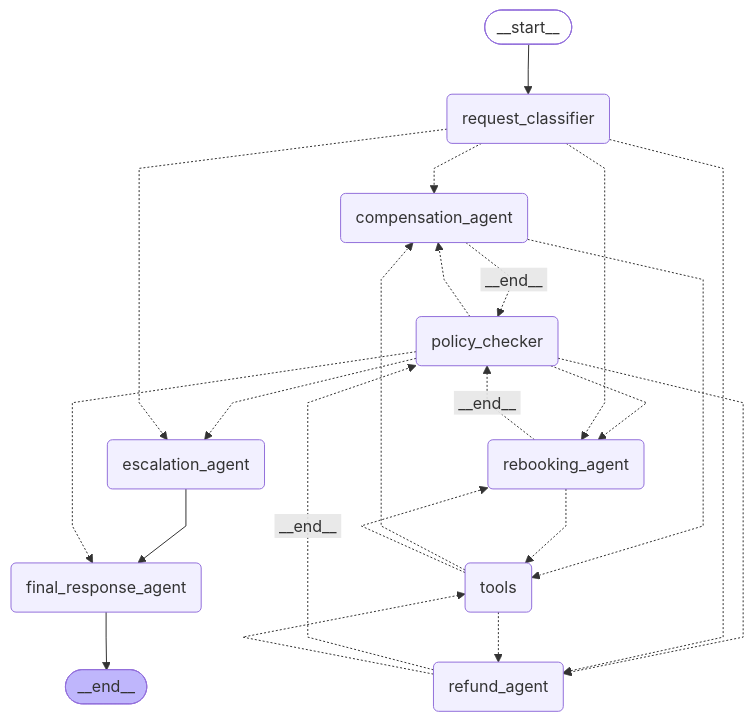
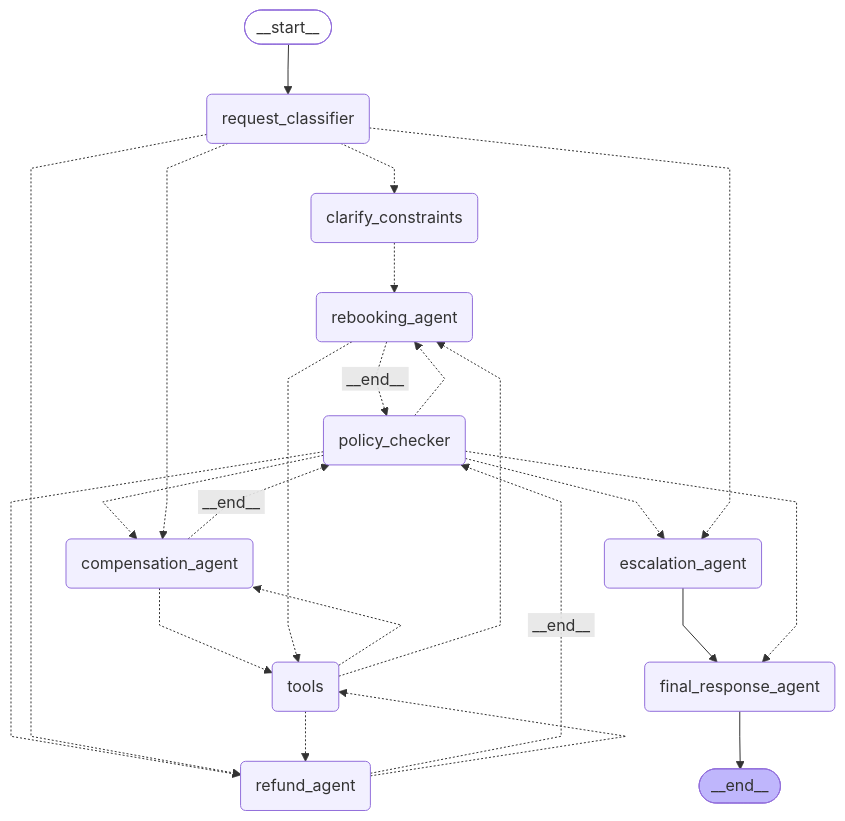
Before and after one commit to 14elias/airline_assistant_agent: the diagram in graph.mermaid, drawn with Mermaid. The commit also changed 5 other files, not shown here.

```diff
--- a/graph.mermaid
+++ b/graph.mermaid
@@ -1,40 +1,42 @@
 ---
 config:
   flowchart:
     curve: linear
 ---
 graph TD;
 	__start__([<p>__start__</p>]):::first
 	request_classifier(request_classifier)
+	clarify_constraints(clarify_constraints)
 	rebooking_agent(rebooking_agent)
 	refund_agent(refund_agent)
 	compensation_agent(compensation_agent)
 	policy_checker(policy_checker)
 	escalation_agent(escalation_agent)
 	final_response_agent(final_response_agent)
 	tools(tools)
 	__end__([<p>__end__</p>]):::last
 	__start__ --> request_classifier;
+	clarify_constraints -.-> rebooking_agent;
 	compensation_agent -. &nbsp;__end__&nbsp; .-> policy_checker;
 	compensation_agent -.-> tools;
 	escalation_agent --> final_response_agent;
 	policy_checker -.-> compensation_agent;
 	policy_checker -.-> escalation_agent;
 	policy_checker -.-> final_response_agent;
 	policy_checker -.-> rebooking_agent;
 	policy_checker -.-> refund_agent;
 	rebooking_agent -. &nbsp;__end__&nbsp; .-> policy_checker;
 	rebooking_agent -.-> tools;
 	refund_agent -. &nbsp;__end__&nbsp; .-> policy_checker;
 	refund_agent -.-> tools;
+	request_classifier -.-> clarify_constraints;
 	request_classifier -.-> compensation_agent;
 	request_classifier -.-> escalation_agent;
-	request_classifier -.-> rebooking_agent;
 	request_classifier -.-> refund_agent;
 	tools -.-> compensation_agent;
 	tools -.-> rebooking_agent;
 	tools -.-> refund_agent;
 	final_response_agent --> __end__;
 	classDef default fill:#f2f0ff,line-height:1.2
 	classDef first fill-opacity:0
 	classDef last fill:#bfb6fc
```
